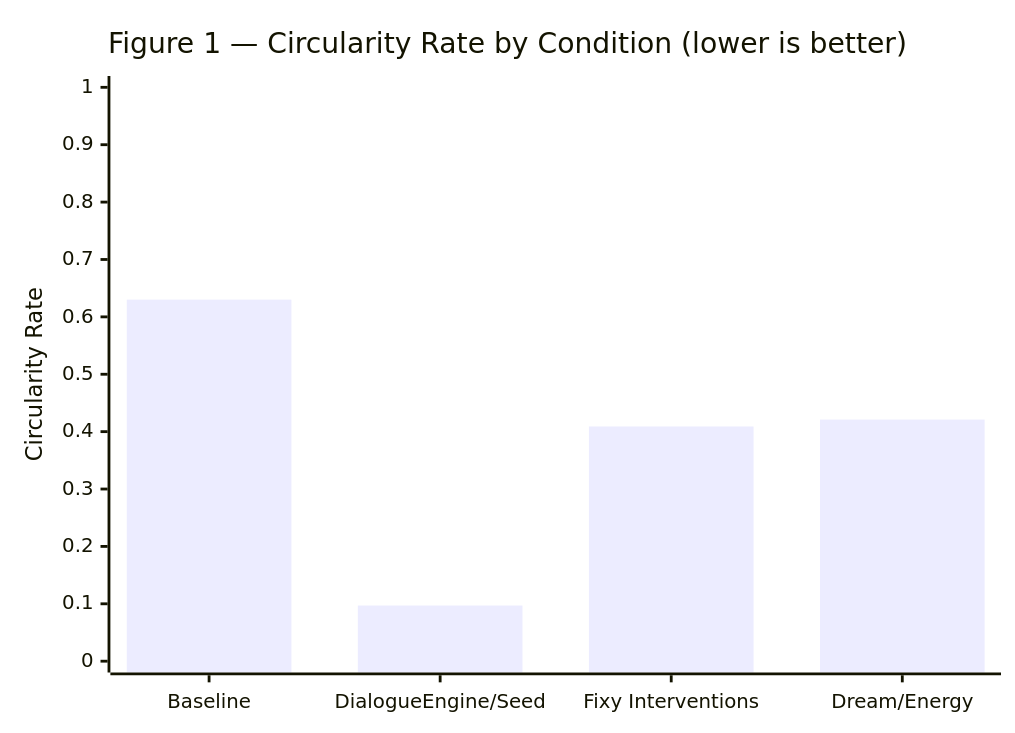
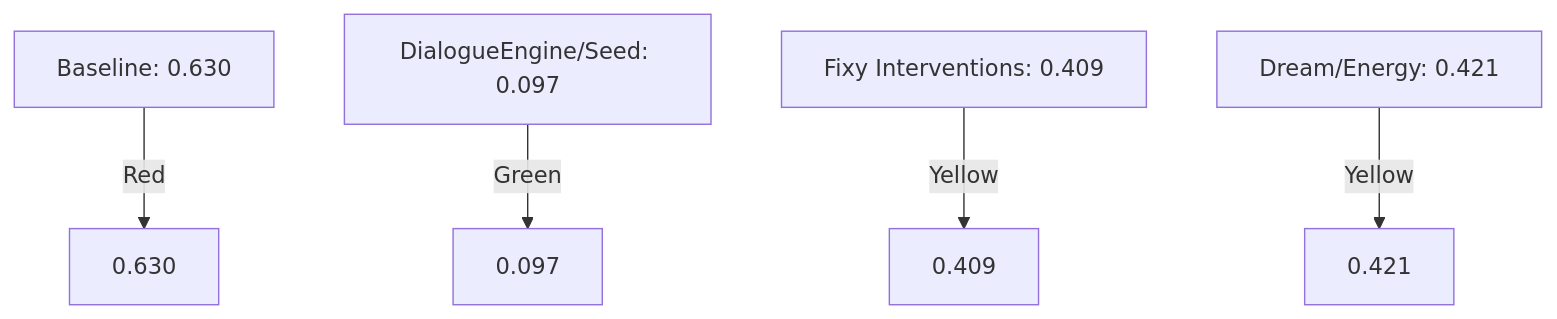
Before and after one commit to sivanhavkin/Entelgia: the first of 4 diagrams in research.md, drawn with Mermaid. The commit also changed other lines of this file, not shown here.

Commit message:
Updated sections 5.1 and 5.3 of research.md to enhance graph visualizations.

````diff
--- a/research.md
+++ b/research.md
@@ -129,7 +7,7 @@
 ```mermaid
-xychart-beta
-    title "Figure 1 — Circularity Rate by Condition (lower is better)"
-    x-axis ["Baseline", "DialogueEngine/Seed", "Fixy Interventions", "Dream/Energy"]
-    y-axis "Circularity Rate" 0 --> 1
-    bar [0.630, 0.097, 0.409, 0.421]
+graph TD;
+    A[Baseline: 0.630] -->|Red| A1[0.630]
+    B[DialogueEngine/Seed: 0.097] -->|Green| B1[0.097]
+    C[Fixy Interventions: 0.409] -->|Yellow| C1[0.409]
+    D[Dream/Energy: 0.421] -->|Yellow| D1[0.421]
 ```
````
